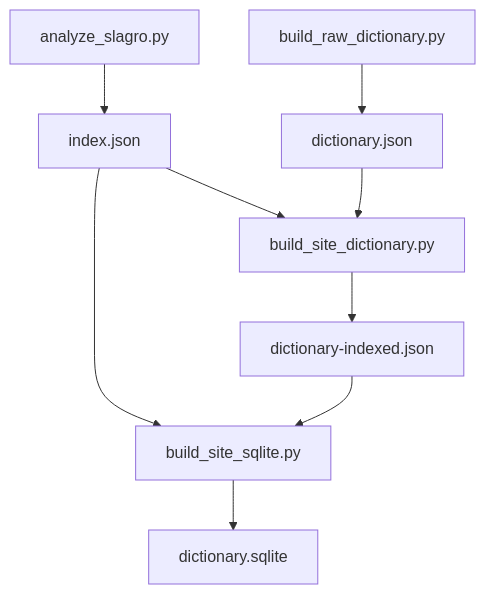
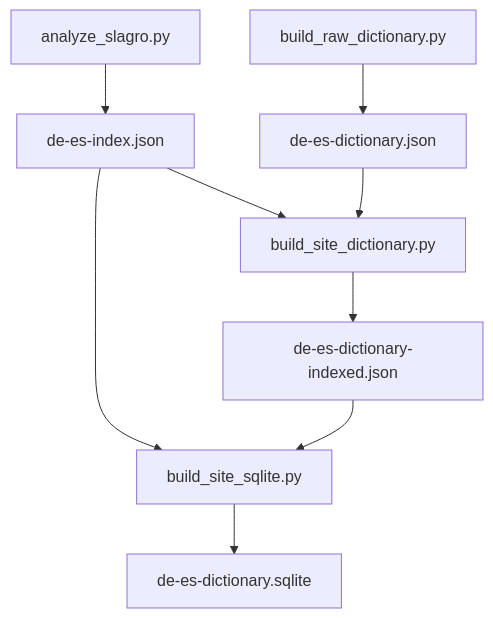
The third of 3 diagrams in docs/ingenieria-inversa.md (mgaitan/dictionary), drawn with Mermaid before and after one commit. The commit also changed other lines of this file and 20 other files, not shown here.

````diff
--- a/docs/ingenieria-inversa.md
+++ b/docs/ingenieria-inversa.md
@@ -155,11 +156,11 @@
 ```mermaid
 flowchart TD
-    A[analyze_slagro.py] --> B[index.json]
-    C[build_raw_dictionary.py] --> D[dictionary.json]
+    A[analyze_slagro.py] --> B[de-es-index.json]
+    C[build_raw_dictionary.py] --> D[de-es-dictionary.json]
     B --> E[build_site_dictionary.py]
     D --> E
-    E --> F[dictionary-indexed.json]
+    E --> F[de-es-dictionary-indexed.json]
     B --> G[build_site_sqlite.py]
     F --> G
-    G --> H[dictionary.sqlite]
+    G --> H[de-es-dictionary.sqlite]
 ```
````
